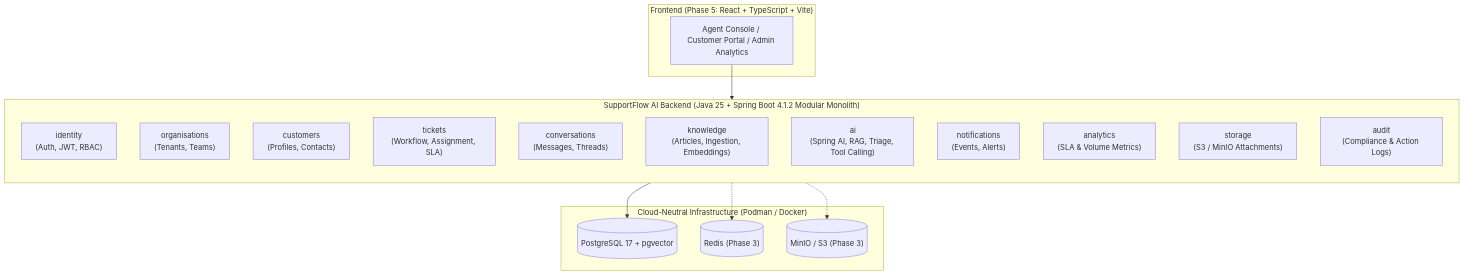
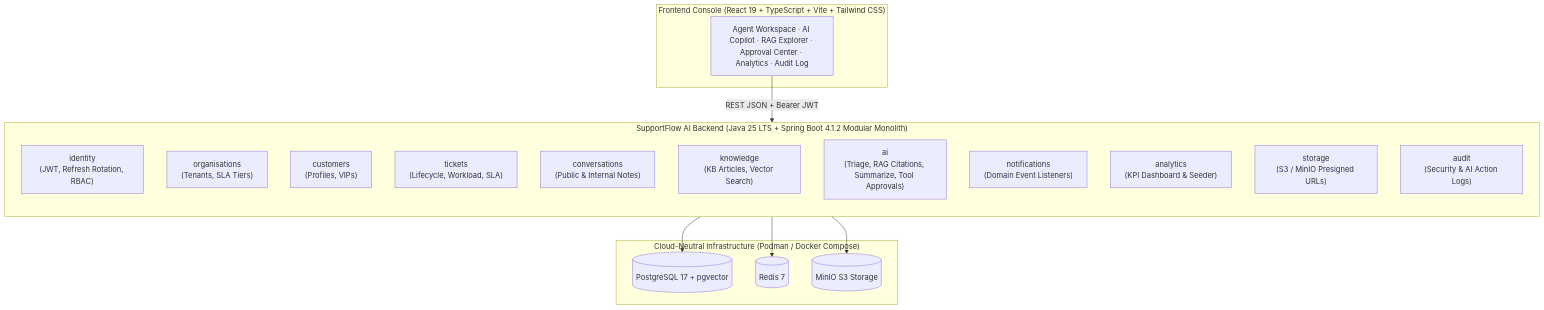
Before and after one commit to ashiksp1994/SupportFlow-AI: the diagram in README.md, drawn with Mermaid. The commit also changed other lines of this file and 25 other files, not shown here.

First line of the commit message:
feat(phase-5): add analytics API, React 19 + TypeScript console, CI workflow, and full stack

````diff
--- a/README.md
+++ b/README.md
@@ -58,32 +50,32 @@
 ```mermaid
 flowchart TB
-    subgraph Client["Frontend (Phase 5: React + TypeScript + Vite)"]
-        UI["Agent Console / Customer Portal / Admin Analytics"]
+    subgraph Client["Frontend Console (React 19 + TypeScript + Vite + Tailwind CSS)"]
+        UI["Agent Workspace · AI Copilot · RAG Explorer · Approval Center · Analytics · Audit Log"]
     end
 
-    subgraph Backend["SupportFlow AI Backend (Java 25 + Spring Boot 4.1.2 Modular Monolith)"]
+    subgraph Backend["SupportFlow AI Backend (Java 25 LTS + Spring Boot 4.1.2 Modular Monolith)"]
         direction TB
-        Identity["identity\n(Auth, JWT, RBAC)"]
-        Orgs["organisations\n(Tenants, Teams)"]
-        Customers["customers\n(Profiles, Contacts)"]
-        Tickets["tickets\n(Workflow, Assignment, SLA)"]
-        Conversations["conversations\n(Messages, Threads)"]
-        Knowledge["knowledge\n(Articles, Ingestion, Embeddings)"]
-        AI["ai\n(Spring AI, RAG, Triage, Tool Calling)"]
-        Notifications["notifications\n(Events, Alerts)"]
-        Analytics["analytics\n(SLA & Volume Metrics)"]
-        Storage["storage\n(S3 / MinIO Attachments)"]
-        Audit["audit\n(Compliance & Action Logs)"]
+        Identity["identity\n(JWT, Refresh Rotation, RBAC)"]
+        Orgs["organisations\n(Tenants, SLA Tiers)"]
+        Customers["customers\n(Profiles, VIPs)"]
+        Tickets["tickets\n(Lifecycle, Workload, SLA)"]
+        Conversations["conversations\n(Public & Internal Notes)"]
+        Knowledge["knowledge\n(KB Articles, Vector Search)"]
+        AI["ai\n(Triage, RAG Citations, Summarize, Tool Approvals)"]
+        Notifications["notifications\n(Domain Event Listeners)"]
+        Analytics["analytics\n(KPI Dashboard & Seeder)"]
+        Storage["storage\n(S3 / MinIO Presigned URLs)"]
+        Audit["audit\n(Security & AI Action Logs)"]
     end
 
-    subgraph Infra["Cloud-Neutral Infrastructure (Podman / Docker)"]
+    subgraph Infra["Cloud-Neutral Infrastructure (Podman / Docker Compose)"]
         PG[("PostgreSQL 17 + pgvector")]
-        Redis[("Redis (Phase 3)")]
-        MinIO[("MinIO / S3 (Phase 3)")]
+        Redis[("Redis 7")]
+        MinIO[("MinIO S3 Storage")]
     end
 
-    UI --> Backend
+    UI -->|REST JSON + Bearer JWT| Backend
     Backend --> PG
-    Backend -.-> Redis
-    Backend -.-> MinIO
+    Backend --> Redis
+    Backend --> MinIO
 ```
````
